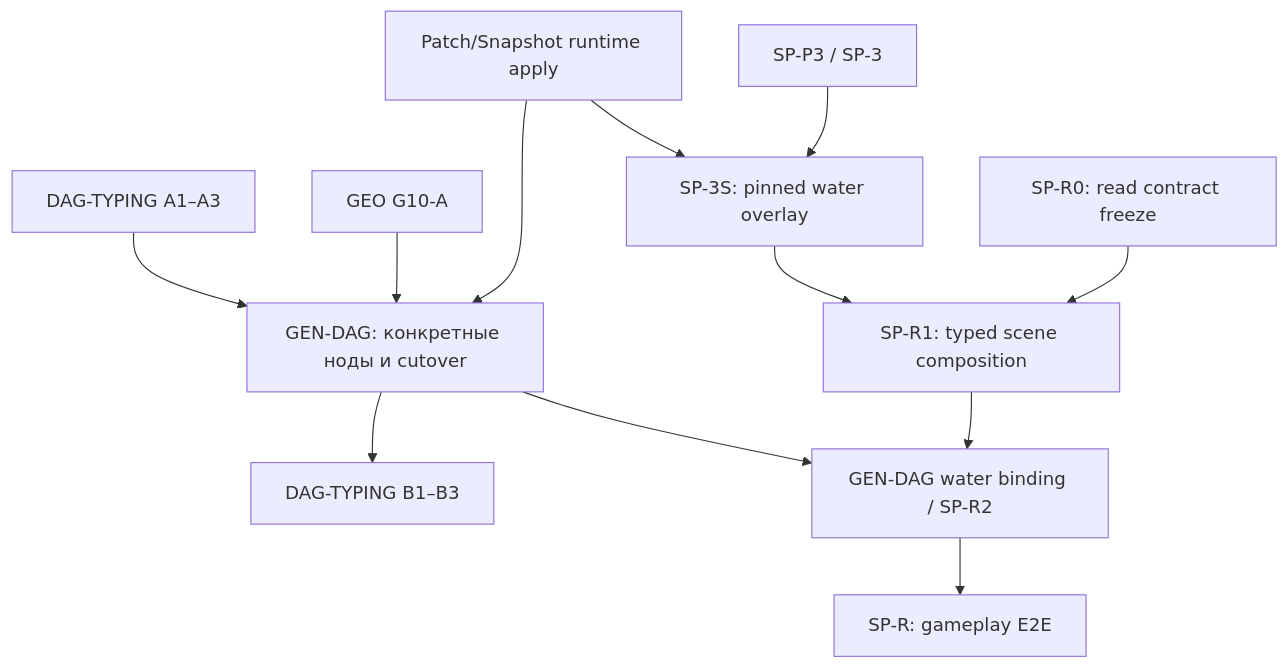
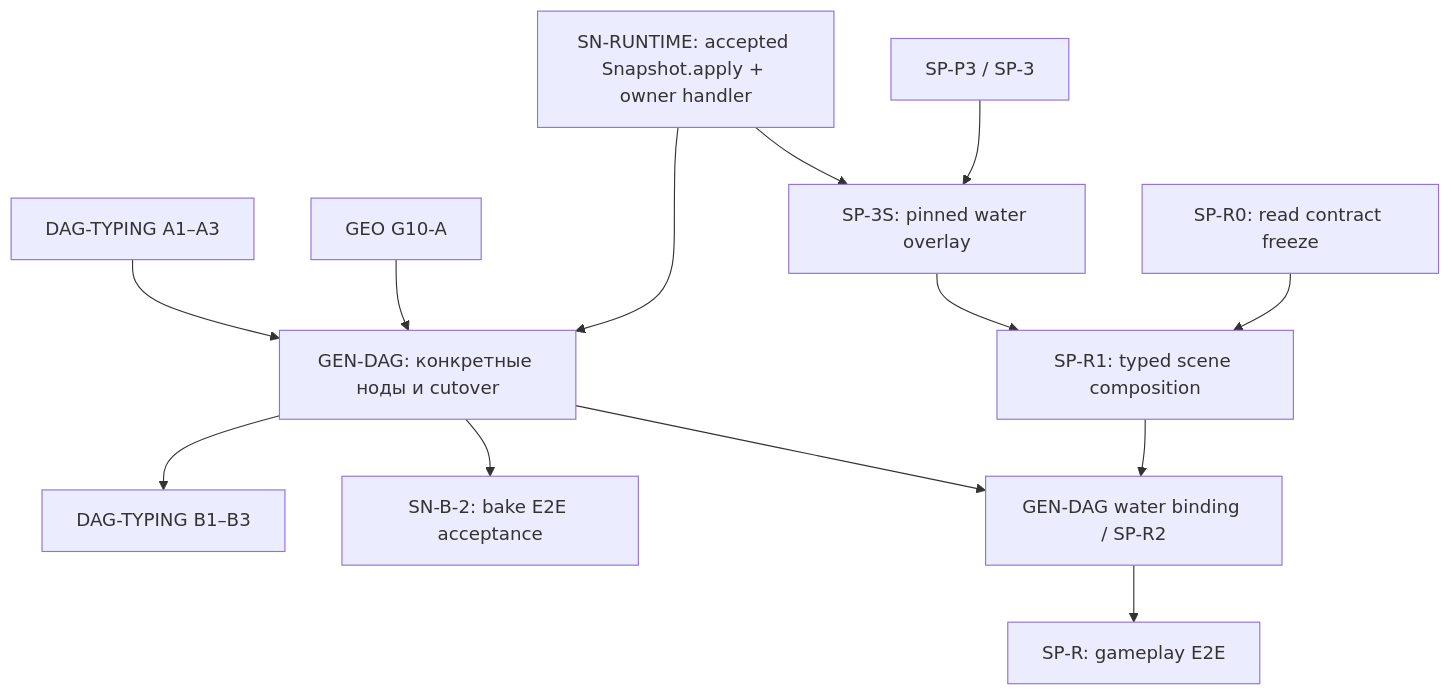
One commit to AndrewBondaren/AI-Project changed the second of 2 diagrams in .cursor/plans/world-generation-plan-dependency-graph.md. Above: the diagram before and after it, drawn with Mermaid. The commit also changed other lines of this file, not shown here.

Commit message:
WORLD-PLAN-GRAPH-1: expose current Snapshot gates and parallel work lanes

````diff
--- a/.cursor/plans/world-generation-plan-dependency-graph.md
+++ b/.cursor/plans/world-generation-plan-dependency-graph.md
@@ -56,14 +76,15 @@
 ```mermaid
 flowchart TD
     A["DAG-TYPING A1–A3"] --> GEN["GEN-DAG: конкретные ноды и cutover"]
     G["GEO G10-A"] --> GEN
-    P["Patch/Snapshot runtime apply"] --> GEN
-    P --> S["SP-3S: pinned water overlay"]
+    SN["SN-RUNTIME: accepted Snapshot.apply + owner handler"] --> GEN
+    SN --> S["SP-3S: pinned water overlay"]
     BASE["SP-P3 / SP-3"] --> S
     S --> R1["SP-R1: typed scene composition"]
     R0["SP-R0: read contract freeze"] --> R1
     GEN --> B["DAG-TYPING B1–B3"]
+    GEN --> SB["SN-B-2: bake E2E acceptance"]
     GEN --> R2["GEN-DAG water binding / SP-R2"]
     R1 --> R2
     R2 --> E["SP-R: gameplay E2E"]
 ```
````
